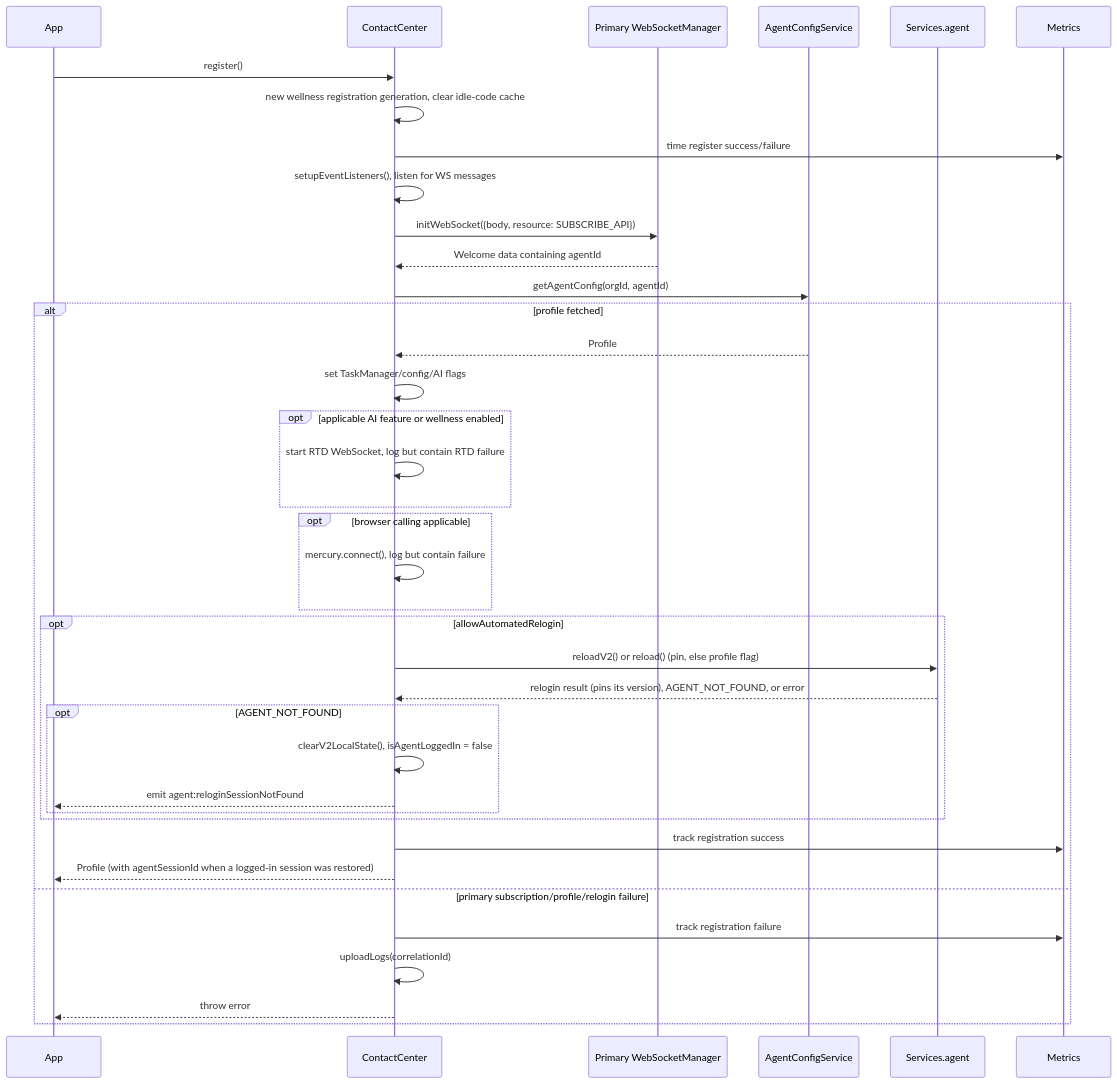
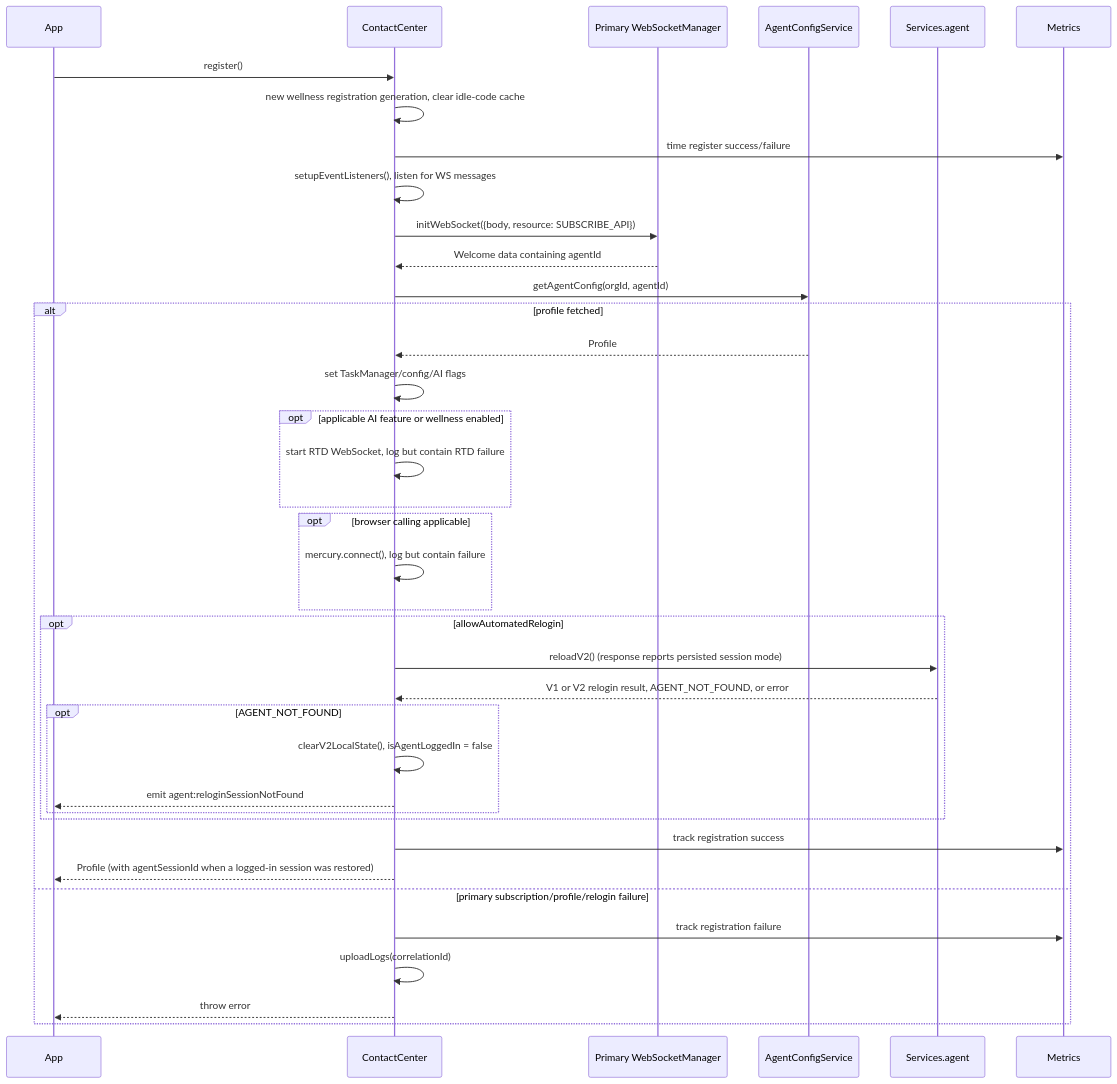
The second of 10 diagrams in packages/@webex/contact-center/src/docs/README.md (webex/webex-js-sdk), drawn with Mermaid before and after one commit. The commit also changed other lines of this file and 6 other files, not shown here.

````diff
--- a/packages/@webex/contact-center/src/docs/README.md
+++ b/packages/@webex/contact-center/src/docs/README.md
@@ -295,40 +295,40 @@
 ```mermaid
 sequenceDiagram
   participant App
   participant CC as ContactCenter
   participant WS as Primary WebSocketManager
   participant Cfg as AgentConfigService
   participant Agent as Services.agent
   participant Metrics
   App->>CC: register()
   CC->>CC: new wellness registration generation, clear idle-code cache
   CC->>Metrics: time register success/failure
   CC->>CC: setupEventListeners(), listen for WS messages
   CC->>WS: initWebSocket({body, resource: SUBSCRIBE_API})
   WS-->>CC: Welcome data containing agentId
   CC->>Cfg: getAgentConfig(orgId, agentId)
   alt profile fetched
     Cfg-->>CC: Profile
     CC->>CC: set TaskManager/config/AI flags
     opt applicable AI feature or wellness enabled
       CC->>CC: start RTD WebSocket, log but contain RTD failure
     end
     opt browser calling applicable
       CC->>CC: mercury.connect(), log but contain failure
     end
     opt allowAutomatedRelogin
-      CC->>Agent: reloadV2() or reload() (pin, else profile flag)
-      Agent-->>CC: relogin result (pins its version), AGENT_NOT_FOUND, or error
+      CC->>Agent: reloadV2() (response reports persisted session mode)
+      Agent-->>CC: V1 or V2 relogin result, AGENT_NOT_FOUND, or error
       opt AGENT_NOT_FOUND
         CC->>CC: clearV2LocalState(), isAgentLoggedIn = false
         CC-->>App: emit agent:reloginSessionNotFound
       end
     end
     CC->>Metrics: track registration success
     CC-->>App: Profile (with agentSessionId when a logged-in session was restored)
   else primary subscription/profile/relogin failure
     CC->>Metrics: track registration failure
     CC->>CC: uploadLogs(correlationId)
     CC-->>App: throw error
   end
 ```
````
